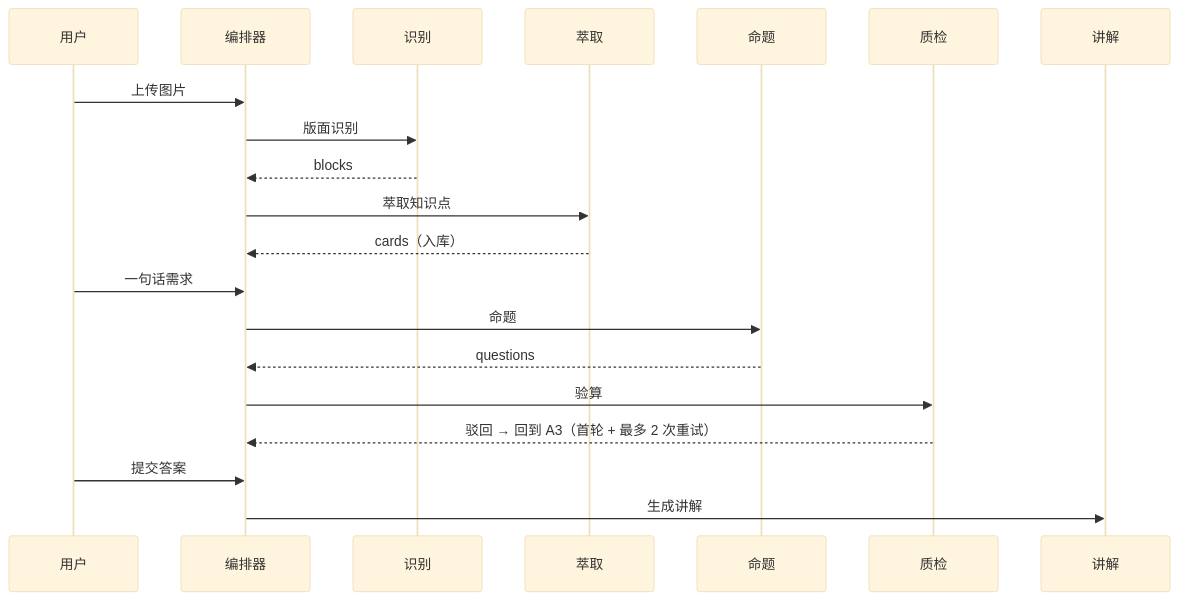
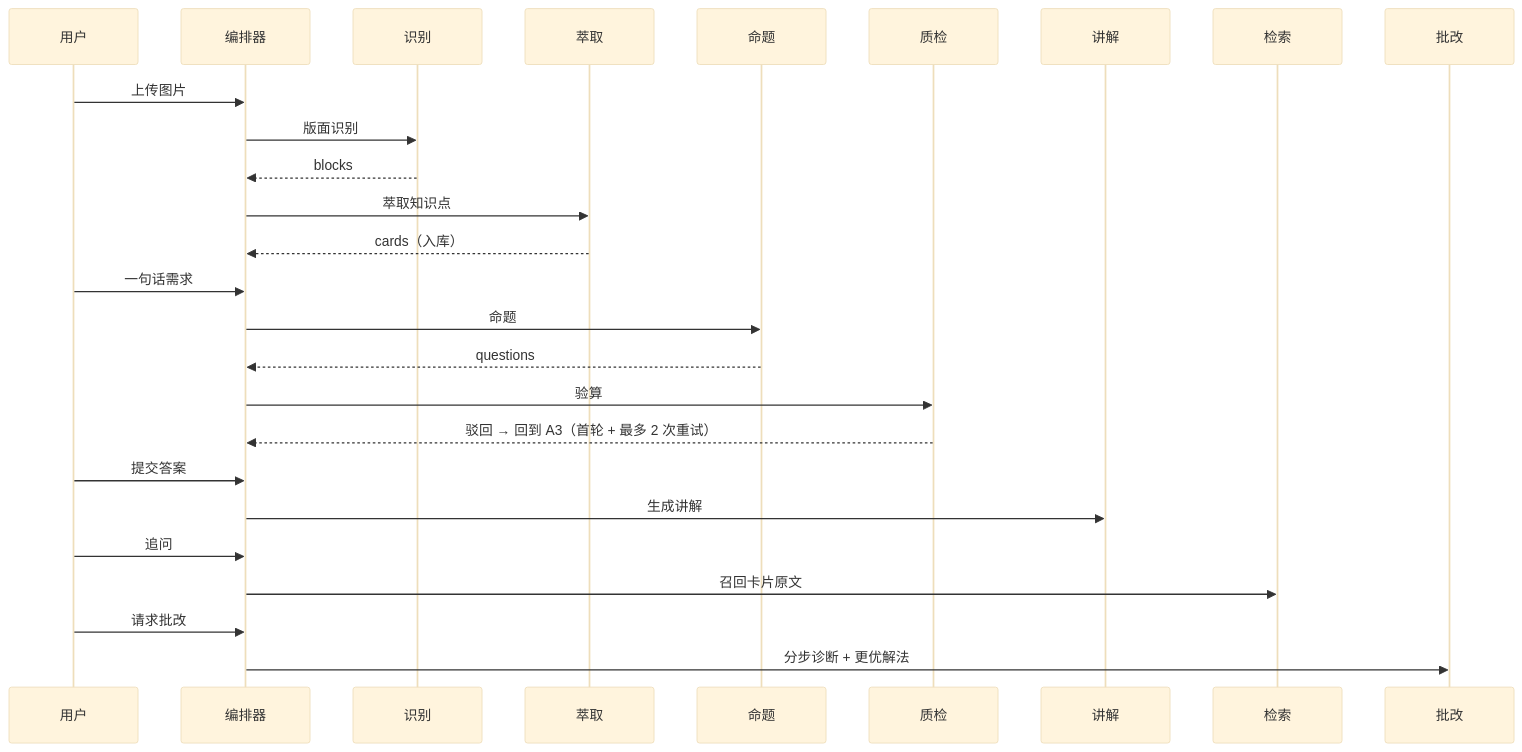
One commit to Td12138/yizhi-chengke changed the diagram in README.md. Above: the diagram before and after it, drawn with Mermaid (base theme). The commit also changed other lines of this file and 10 other files, not shown here.

````diff
--- a/README.md
+++ b/README.md
@@ -123,22 +128,28 @@
 ```mermaid
 sequenceDiagram
     participant U as 用户
     participant O as 编排器
     participant A1 as 识别
     participant A2 as 萃取
     participant A3 as 命题
     participant A4 as 质检
     participant A5 as 讲解
+    participant A6 as 检索
+    participant A7 as 批改
     U->>O: 上传图片
     O->>A1: 版面识别
     A1-->>O: blocks
     O->>A2: 萃取知识点
     A2-->>O: cards（入库）
     U->>O: 一句话需求
     O->>A3: 命题
     A3-->>O: questions
     O->>A4: 验算
     A4-->>O: 驳回 → 回到 A3（首轮 + 最多 2 次重试）
     U->>O: 提交答案
     O->>A5: 生成讲解
+    U->>O: 追问
+    O->>A6: 召回卡片原文
+    U->>O: 请求批改
+    O->>A7: 分步诊断 + 更优解法
 ```
````
